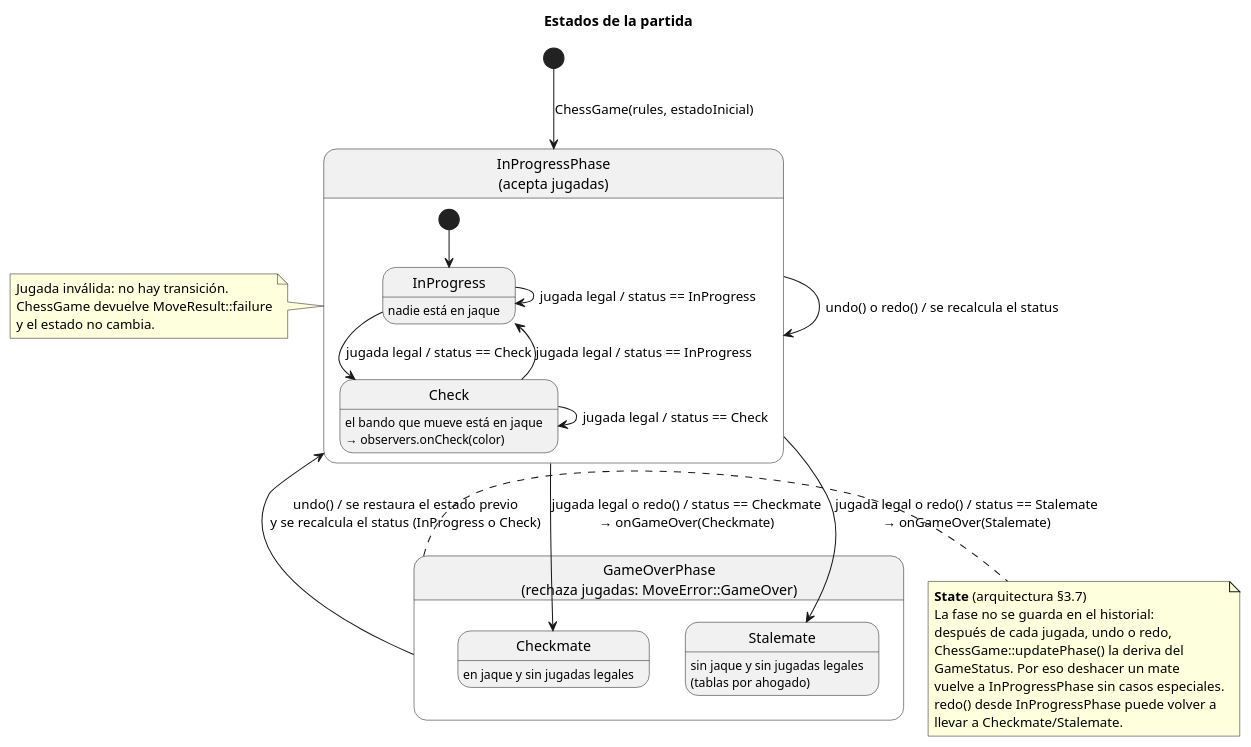
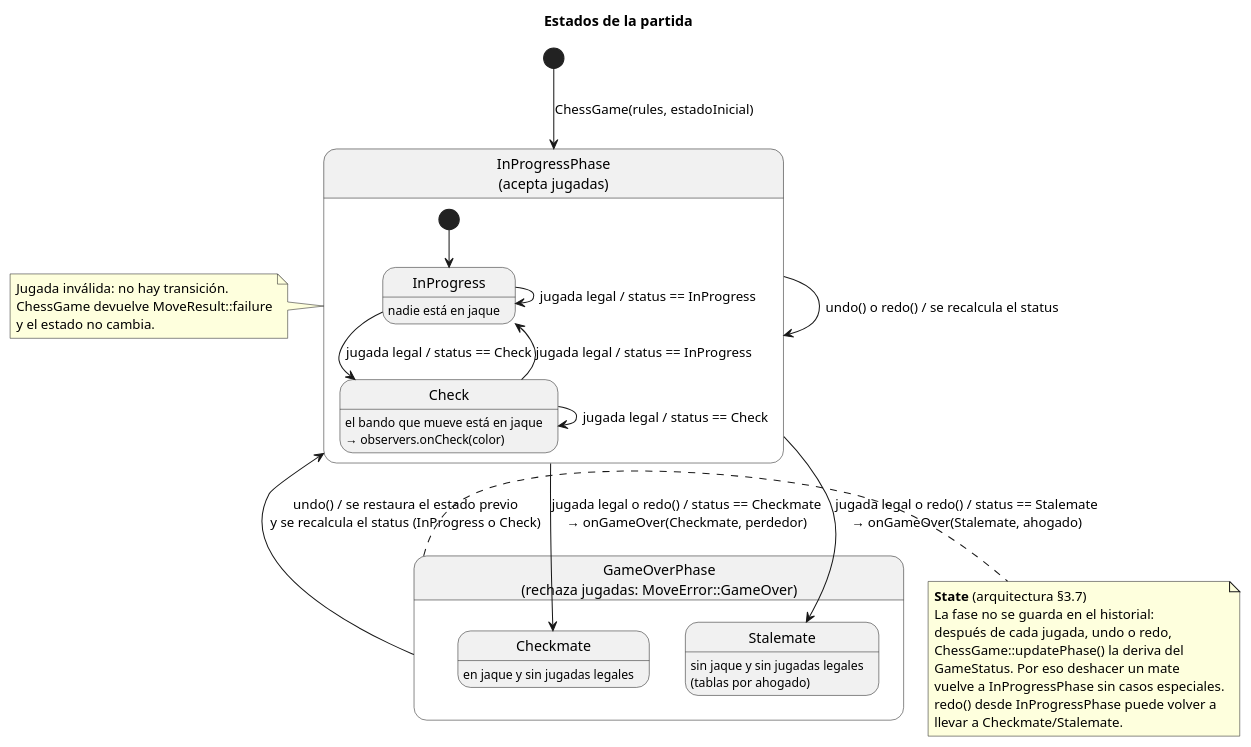
One commit to hipolitogomezcuello/tp-chess changed the diagram in docs/diagramas/estados-partida.puml. Above: the diagram before and after it, drawn with PlantUML. The commit also changed 28 other files, not shown here.

```diff
--- a/docs/diagramas/estados-partida.puml
+++ b/docs/diagramas/estados-partida.puml
@@ -1,50 +1,50 @@
 @startuml estados-partida
 ' Diagrama de estados de la partida (misión 1.6).
 ' Dos niveles: GameStatus (lo que calcula el dominio) y GamePhase (State en ChessGame).
 title Estados de la partida
 
 skinparam shadowing false
 hide empty description
 
 [*] --> InProgressPhase : ChessGame(rules, estadoInicial)
 
 state "InProgressPhase\n(acepta jugadas)" as InProgressPhase {
   [*] --> InProgress
   InProgress : nadie está en jaque
   Check : el bando que mueve está en jaque\n→ observers.onCheck(color)
 
   InProgress --> Check : jugada legal / status == Check
   Check --> InProgress : jugada legal / status == InProgress
   InProgress --> InProgress : jugada legal / status == InProgress
   Check --> Check : jugada legal / status == Check
 }
 
 state "GameOverPhase\n(rechaza jugadas: MoveError::GameOver)" as GameOverPhase {
   Checkmate : en jaque y sin jugadas legales
   Stalemate : sin jaque y sin jugadas legales\n(tablas por ahogado)
 }
 
-InProgressPhase --> Checkmate : jugada legal o redo() / status == Checkmate\n→ onGameOver(Checkmate)
-InProgressPhase --> Stalemate : jugada legal o redo() / status == Stalemate\n→ onGameOver(Stalemate)
+InProgressPhase --> Checkmate : jugada legal o redo() / status == Checkmate\n→ onGameOver(Checkmate, perdedor)
+InProgressPhase --> Stalemate : jugada legal o redo() / status == Stalemate\n→ onGameOver(Stalemate, ahogado)
 
 GameOverPhase --> InProgressPhase : undo() / se restaura el estado previo\ny se recalcula el status (InProgress o Check)
 
 InProgressPhase --> InProgressPhase : undo() o redo() / se recalcula el status
 
 note right of GameOverPhase
   **State** (arquitectura §3.7)
   La fase no se guarda en el historial:
   después de cada jugada, undo o redo,
   ChessGame::updatePhase() la deriva del
   GameStatus. Por eso deshacer un mate
   vuelve a InProgressPhase sin casos especiales.
   redo() desde InProgressPhase puede volver a
   llevar a Checkmate/Stalemate.
 end note
 
 note left of InProgressPhase
   Jugada inválida: no hay transición.
   ChessGame devuelve MoveResult::failure
   y el estado no cambia.
 end note
 @enduml
```
